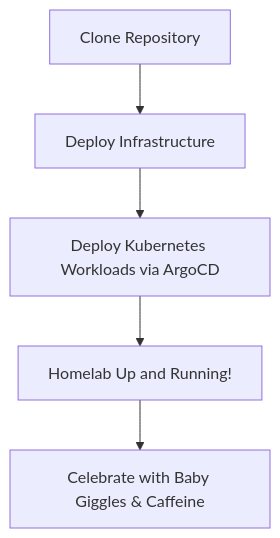
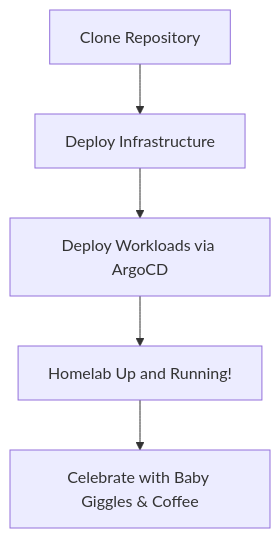
The diagram in README.md (theepicsaxguy/homelab), drawn with Mermaid before and after one commit. The commit also changed other lines of this file and 31 other files, not shown here.

````diff
--- a/README.md
+++ b/README.md
@@ -274,7 +173,7 @@
 ```mermaid
 flowchart TD
     A[Clone Repository] --> B[Deploy Infrastructure]
-    B --> C[Deploy Kubernetes Workloads via ArgoCD]
+    B --> C[Deploy Workloads via ArgoCD]
     C --> D[Homelab Up and Running!]
-    D --> E[Celebrate with Baby Giggles & Caffeine]
+    D --> E[Celebrate with Baby Giggles & Coffee]
 ```
````
